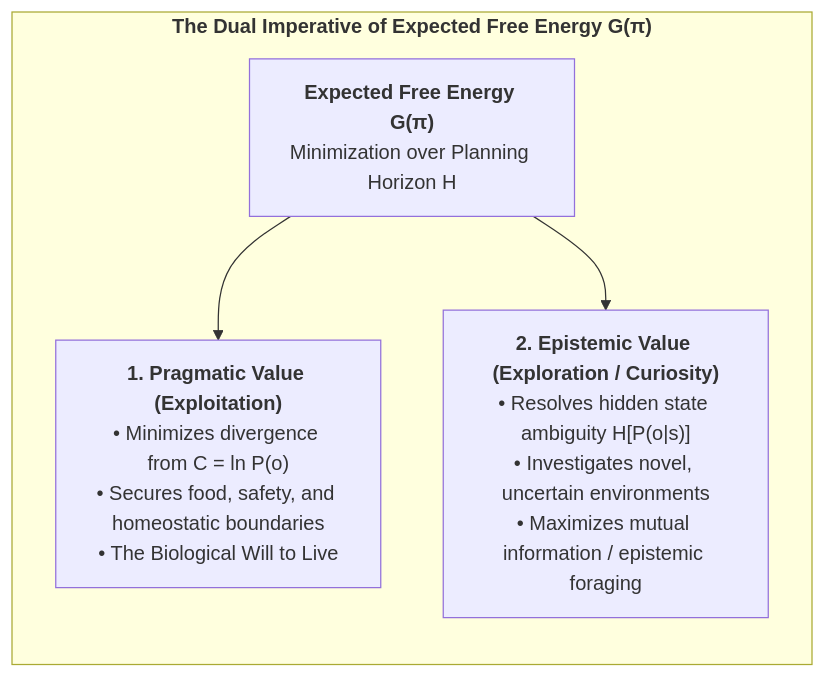
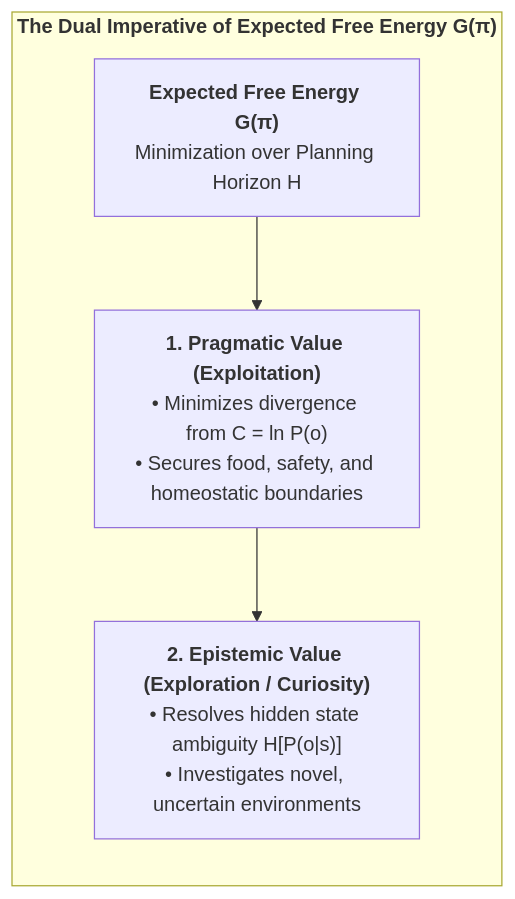
Before and after one commit to Thriebl/active-inference-phi-network: the sixth of 7 diagrams in book/manuscript_en/02_cybernetic_engine_free_energy_principle.md, drawn with Mermaid. The commit also changed other lines of this file and 16 other files, not shown here.

Commit message:
Enhance English monograph: standardize chart sizing, number figures/statements/tables, add lists before App E, link open-source repo

````diff
--- a/book/manuscript_en/02_cybernetic_engine_free_energy_principle.md
+++ b/book/manuscript_en/02_cybernetic_engine_free_energy_principle.md
@@ -238,15 +241,14 @@
 ```mermaid
 flowchart TD
     subgraph EFE_BALANCE["<b>The Dual Imperative of Expected Free Energy G(π)</b>"]
         direction TB
         
         G_TOTAL["<b>Expected Free Energy G(π)</b><br>Minimization over Planning Horizon H"]
         
-        PRAGMATIC["<b>1. Pragmatic Value (Exploitation)</b><br>• Minimizes divergence from C = ln P(o)<br>• Secures food, safety, and homeostatic boundaries<br>• The Biological Will to Live"]
+        PRAGMATIC["<b>1. Pragmatic Value (Exploitation)</b><br>• Minimizes divergence from C = ln P(o)<br>• Secures food, safety, and homeostatic boundaries"]
         
-        EPISTEMIC["<b>2. Epistemic Value (Exploration / Curiosity)</b><br>• Resolves hidden state ambiguity H[P(o|s)]<br>• Investigates novel, uncertain environments<br>• Maximizes mutual information / epistemic foraging"]
+        EPISTEMIC["<b>2. Epistemic Value (Exploration / Curiosity)</b><br>• Resolves hidden state ambiguity H[P(o|s)]<br>• Investigates novel, uncertain environments"]
         
-        G_TOTAL --> PRAGMATIC
-        G_TOTAL --> EPISTEMIC
+        G_TOTAL --> PRAGMATIC --> EPISTEMIC
     end
 ```
````
